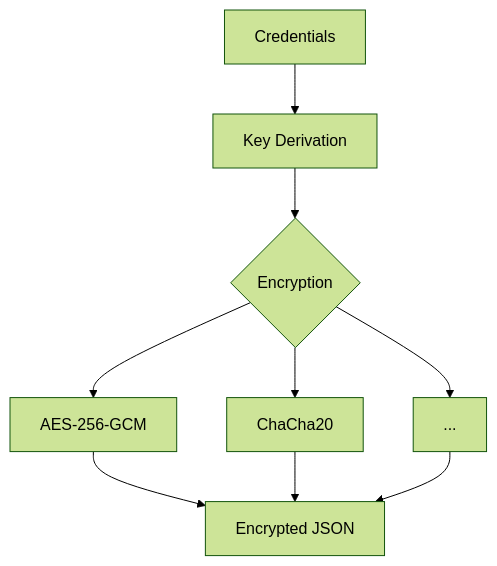
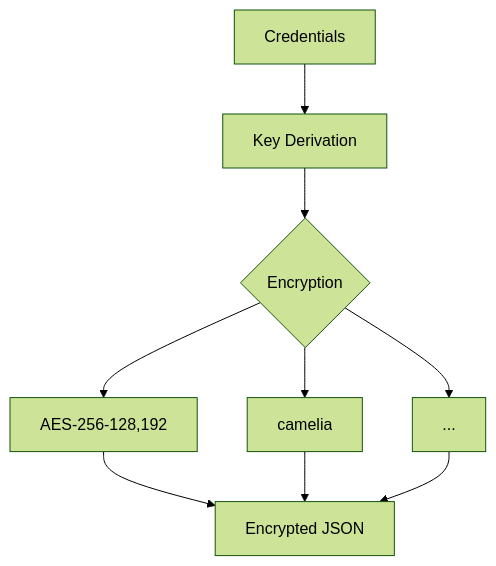
One commit to execius/Locker changed the diagram in README.md. Above: the diagram before and after it, drawn with Mermaid (forest theme).

````diff
--- a/README.md
+++ b/README.md
@@ -67,11 +67,11 @@
 ```mermaid
 graph TD
     A[Credentials] --> B[Key Derivation]
     B --> C{Encryption}
-    C --> D[AES-256-GCM]
-    C --> E[ChaCha20]
+    C --> D[AES-256-128,192]
+    C --> E[camelia]
     C --> F[...]
     D --> G[Encrypted JSON]
     E --> G
     F --> G
 ```
````
